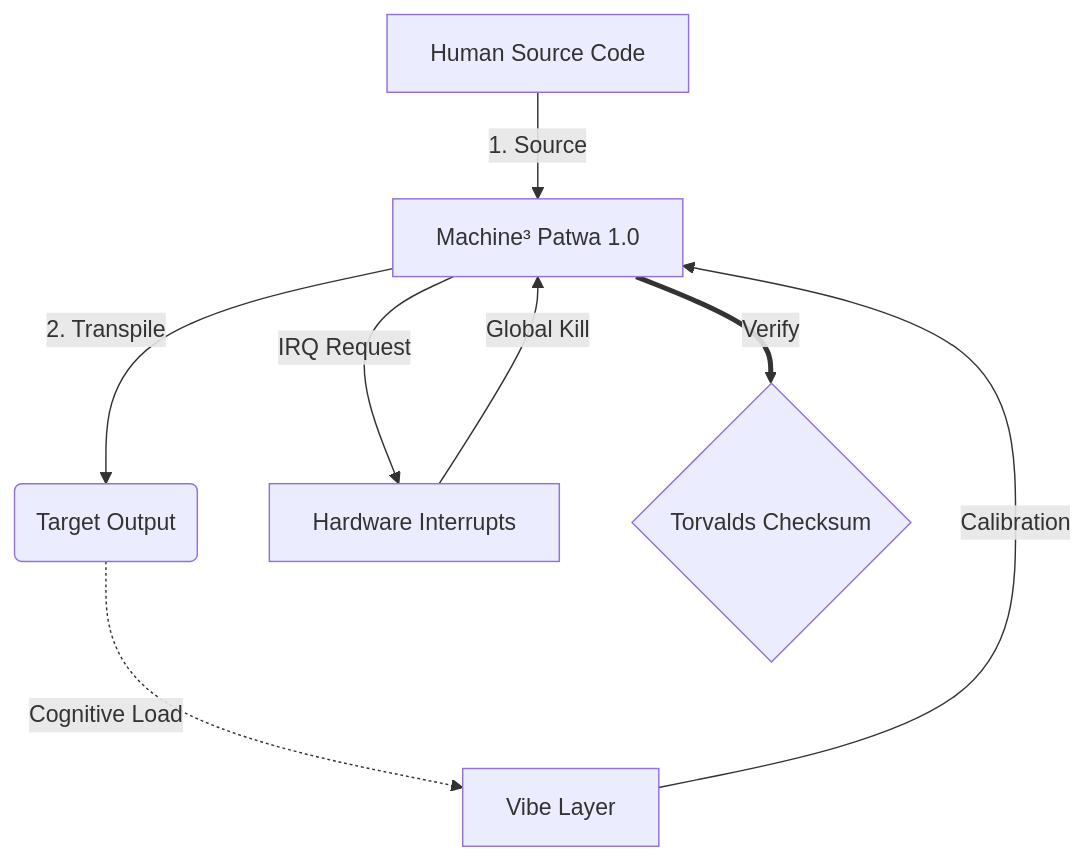
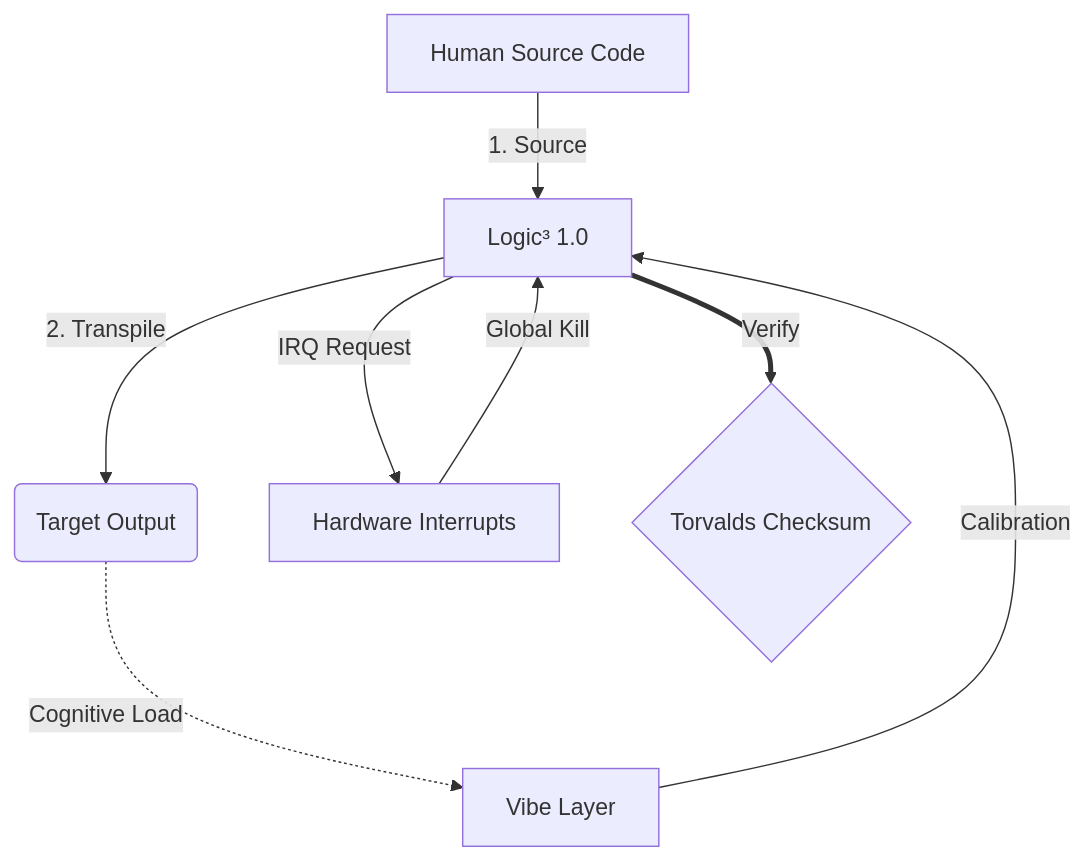
Before and after one commit to roundtable-love/machine: the diagram in machine3.md, drawn with Mermaid. The commit also changed other lines of this file, not shown here.

````diff
--- a/machine3.md
+++ b/machine3.md
@@ -198,10 +289,10 @@
 ```mermaid
 graph TD
-    A[Human Source Code] -->|1. Source| B[Machine³ Patwa 1.0]
+    A[Human Source Code] -->|1. Source| B[Logic³ 1.0]
     B -->|2. Transpile| C(Target Output)
     C -.->|Cognitive Load| G[Vibe Layer]
     G -->|Calibration| B
     B -->|IRQ Request| H[Hardware Interrupts]
     H -->|Global Kill| B
     B == Verify ==> I{Torvalds Checksum}
 ```
````
